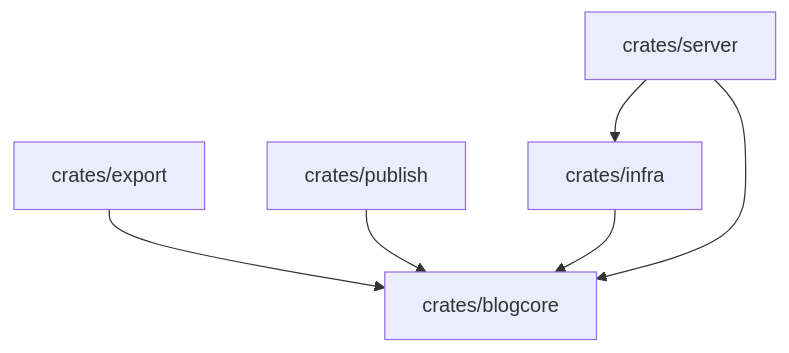
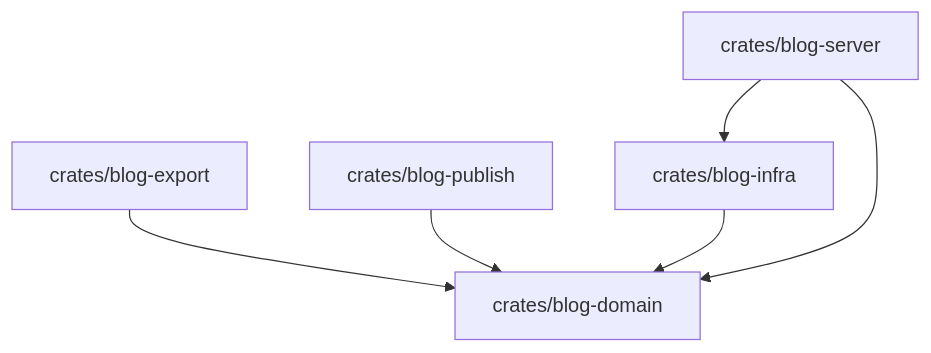
One commit to okawak/okawak_blog changed the second of 2 diagrams in docs/architecture/architecture.md. Above: the diagram before and after it, drawn with Mermaid. The commit also changed other lines of this file and 207 other files, not shown here.

Commit message:
refactor: prefix internal crates and binaries with blog- (#363)

```diff
--- a/docs/architecture/architecture.md
+++ b/docs/architecture/architecture.md
@@ -55,8 +57,8 @@
 ~~~mermaid
 flowchart TB
-    Export[crates/export] --> Blogcore[crates/blogcore]
-    Publish[crates/publish] --> Blogcore
-    Infra[crates/infra] --> Blogcore
-    Server[crates/server] --> Blogcore
+    Export[crates/blog-export] --> BlogDomain[crates/blog-domain]
+    Publish[crates/blog-publish] --> BlogDomain
+    Infra[crates/blog-infra] --> BlogDomain
+    Server[crates/blog-server] --> BlogDomain
     Server --> Infra
 ~~~
```
